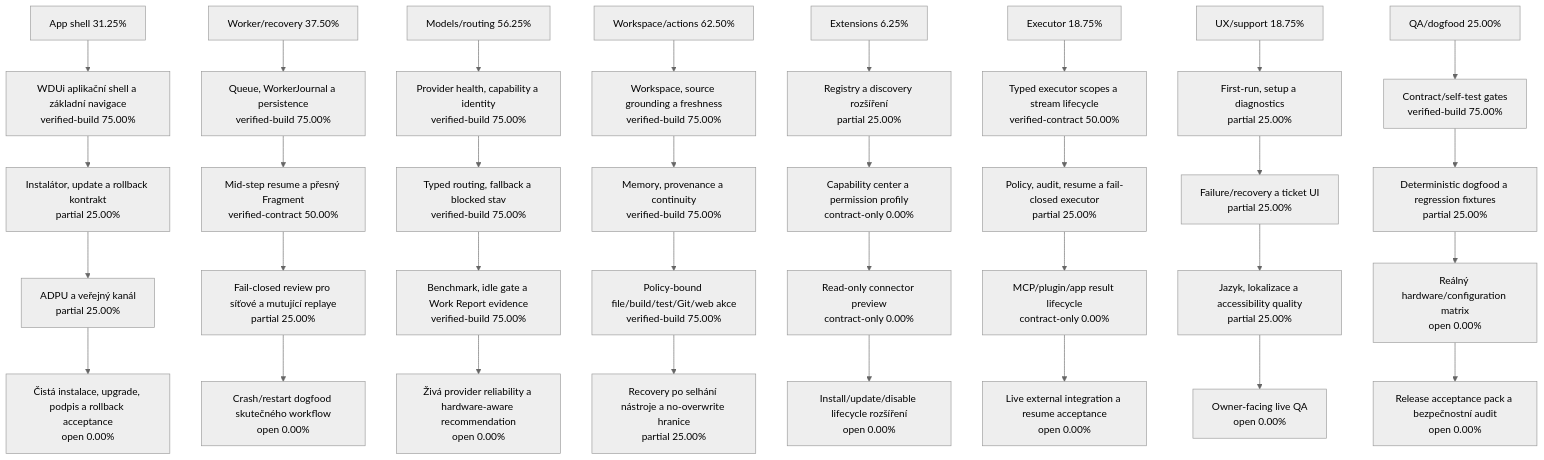
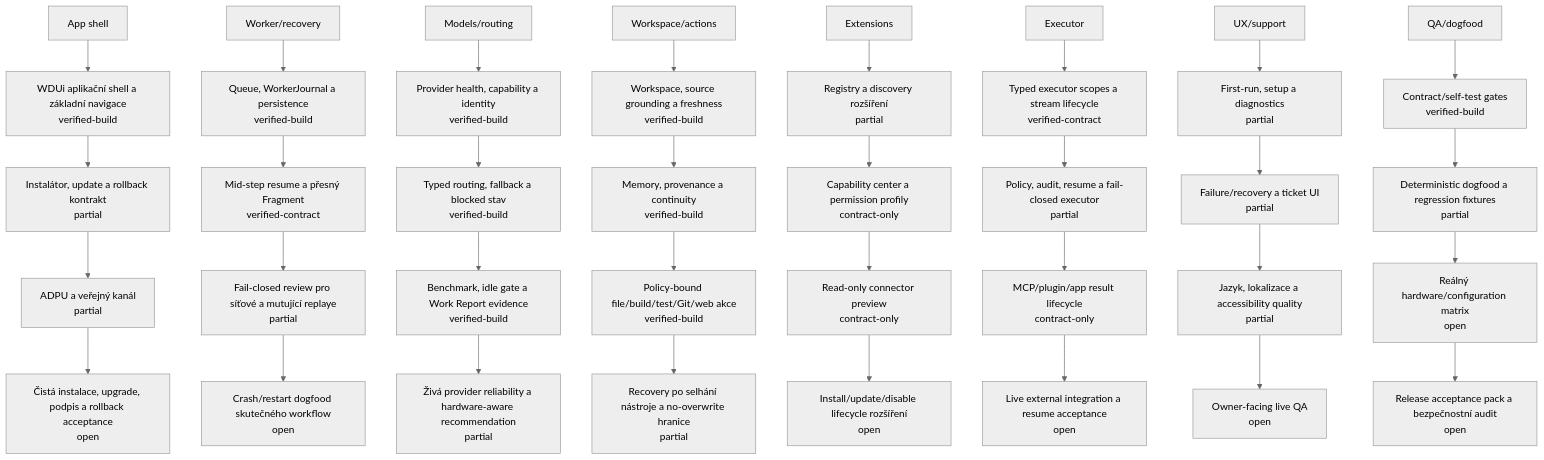
Before and after one commit to jeniksoft/app-downloads: the second of 2 diagrams in apps/jarvis/README.md, drawn with Mermaid (neutral theme). The commit also changed other lines of this file and 7 other files, not shown here.

Commit message:
publish graphical Jarvis progress dashboard

````diff
--- a/apps/jarvis/README.md
+++ b/apps/jarvis/README.md
@@ -110,75 +95,75 @@
 ```mermaid
 flowchart TD
-    G1[App shell 31.25%]
-    G1M1[WDUi aplikační shell a základní navigace<br/>verified-build 75.00%]
+    G1[App shell]
+    G1M1[WDUi aplikační shell a základní navigace<br/>verified-build]
     G1 --> G1M1
-    G1M2[Instalátor, update a rollback kontrakt<br/>partial 25.00%]
+    G1M2[Instalátor, update a rollback kontrakt<br/>partial]
     G1M1 --> G1M2
-    G1M3[ADPU a veřejný kanál<br/>partial 25.00%]
+    G1M3[ADPU a veřejný kanál<br/>partial]
     G1M2 --> G1M3
-    G1M4[Čistá instalace, upgrade, podpis a rollback acceptance<br/>open 0.00%]
+    G1M4[Čistá instalace, upgrade, podpis a rollback acceptance<br/>open]
     G1M3 --> G1M4
-    G10[Worker/recovery 37.50%]
-    G10M1[Queue, WorkerJournal a persistence<br/>verified-build 75.00%]
+    G10[Worker/recovery]
+    G10M1[Queue, WorkerJournal a persistence<br/>verified-build]
     G10 --> G10M1
-    G10M2[Mid-step resume a přesný Fragment<br/>verified-contract 50.00%]
+    G10M2[Mid-step resume a přesný Fragment<br/>verified-contract]
     G10M1 --> G10M2
-    G10M3[Fail-closed review pro síťové a mutující replaye<br/>partial 25.00%]
+    G10M3[Fail-closed review pro síťové a mutující replaye<br/>partial]
     G10M2 --> G10M3
-    G10M4[Crash/restart dogfood skutečného workflow<br/>open 0.00%]
+    G10M4[Crash/restart dogfood skutečného workflow<br/>open]
     G10M3 --> G10M4
-    G19[Models/routing 56.25%]
-    G19M1[Provider health, capability a identity<br/>verified-build 75.00%]
+    G19[Models/routing]
+    G19M1[Provider health, capability a identity<br/>verified-build]
     G19 --> G19M1
-    G19M2[Typed routing, fallback a blocked stav<br/>verified-build 75.00%]
+    G19M2[Typed routing, fallback a blocked stav<br/>verified-build]
     G19M1 --> G19M2
-    G19M3[Benchmark, idle gate a Work Report evidence<br/>verified-build 75.00%]
+    G19M3[Benchmark, idle gate a Work Report evidence<br/>verified-build]
     G19M2 --> G19M3
-    G19M4[Živá provider reliability a hardware-aware recommendation<br/>open 0.00%]
+    G19M4[Živá provider reliability a hardware-aware recommendation<br/>partial]
     G19M3 --> G19M4
-    G28[Workspace/actions 62.50%]
-    G28M1[Workspace, source grounding a freshness<br/>verified-build 75.00%]
+    G28[Workspace/actions]
+    G28M1[Workspace, source grounding a freshness<br/>verified-build]
     G28 --> G28M1
-    G28M2[Memory, provenance a continuity<br/>verified-build 75.00%]
+    G28M2[Memory, provenance a continuity<br/>verified-build]
     G28M1 --> G28M2
-    G28M3[Policy-bound file/build/test/Git/web akce<br/>verified-build 75.00%]
+    G28M3[Policy-bound file/build/test/Git/web akce<br/>verified-build]
     G28M2 --> G28M3
-    G28M4[Recovery po selhání nástroje a no-overwrite hranice<br/>partial 25.00%]
+    G28M4[Recovery po selhání nástroje a no-overwrite hranice<br/>partial]
     G28M3 --> G28M4
-    G37[Extensions 6.25%]
-    G37M1[Registry a discovery rozšíření<br/>partial 25.00%]
+    G37[Extensions]
+    G37M1[Registry a discovery rozšíření<br/>partial]
     G37 --> G37M1
-    G37M2[Capability center a permission profily<br/>contract-only 0.00%]
+    G37M2[Capability center a permission profily<br/>contract-only]
     G37M1 --> G37M2
-    G37M3[Read-only connector preview<br/>contract-only 0.00%]
+    G37M3[Read-only connector preview<br/>contract-only]
     G37M2 --> G37M3
-    G37M4[Install/update/disable lifecycle rozšíření<br/>open 0.00%]
+    G37M4[Install/update/disable lifecycle rozšíření<br/>open]
     G37M3 --> G37M4
-    G46[Executor 18.75%]
-    G46M1[Typed executor scopes a stream lifecycle<br/>verified-contract 50.00%]
+    G46[Executor]
+    G46M1[Typed executor scopes a stream lifecycle<br/>verified-contract]
     G46 --> G46M1
-    G46M2[Policy, audit, resume a fail-closed executor<br/>partial 25.00%]
+    G46M2[Policy, audit, resume a fail-closed executor<br/>partial]
     G46M1 --> G46M2
-    G46M3[MCP/plugin/app result lifecycle<br/>contract-only 0.00%]
+    G46M3[MCP/plugin/app result lifecycle<br/>contract-only]
     G46M2 --> G46M3
-    G46M4[Live external integration a resume acceptance<br/>open 0.00%]
+    G46M4[Live external integration a resume acceptance<br/>open]
     G46M3 --> G46M4
-    G55[UX/support 18.75%]
-    G55M1[First-run, setup a diagnostics<br/>partial 25.00%]
+    G55[UX/support]
+    G55M1[First-run, setup a diagnostics<br/>partial]
     G55 --> G55M1
-    G55M2[Failure/recovery a ticket UI<br/>partial 25.00%]
+    G55M2[Failure/recovery a ticket UI<br/>partial]
     G55M1 --> G55M2
-    G55M3[Jazyk, lokalizace a accessibility quality<br/>partial 25.00%]
+    G55M3[Jazyk, lokalizace a accessibility quality<br/>partial]
     G55M2 --> G55M3
-    G55M4[Owner-facing live QA<br/>open 0.00%]
+    G55M4[Owner-facing live QA<br/>open]
     G55M3 --> G55M4
-    G64[QA/dogfood 25.00%]
-    G64M1[Contract/self-test gates<br/>verified-build 75.00%]
+    G64[QA/dogfood]
+    G64M1[Contract/self-test gates<br/>verified-build]
     G64 --> G64M1
-    G64M2[Deterministic dogfood a regression fixtures<br/>partial 25.00%]
+    G64M2[Deterministic dogfood a regression fixtures<br/>partial]
     G64M1 --> G64M2
-    G64M3[Reálný hardware/configuration matrix<br/>open 0.00%]
+    G64M3[Reálný hardware/configuration matrix<br/>open]
     G64M2 --> G64M3
-    G64M4[Release acceptance pack a bezpečnostní audit<br/>open 0.00%]
+    G64M4[Release acceptance pack a bezpečnostní audit<br/>open]
     G64M3 --> G64M4
 ```
````
